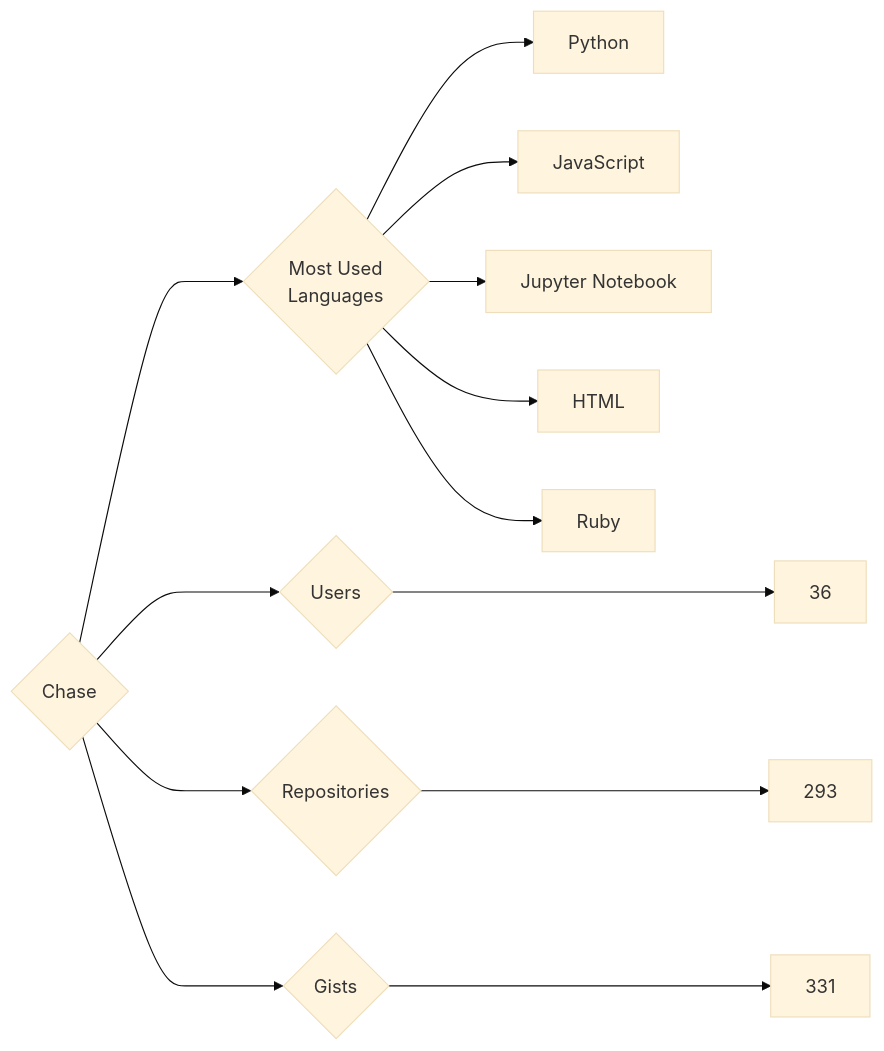
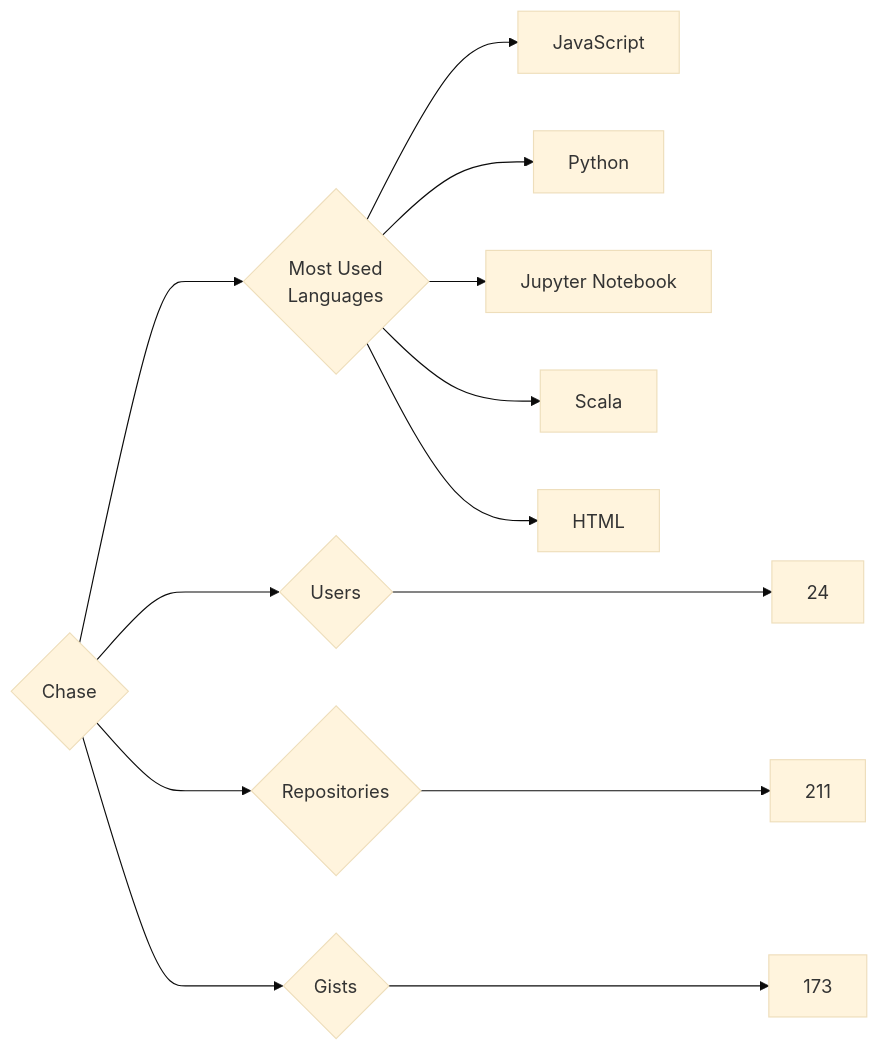
One commit to trickest/insiders changed the diagram in targets/Chase/README.md. Above: the diagram before and after it, drawn with Mermaid (base theme). The commit also changed 1084 other files, not shown here.

````diff
--- a/targets/Chase/README.md
+++ b/targets/Chase/README.md
@@ -3,13 +3,13 @@
 ```mermaid
 graph LR
 COMPANY_NAME{Chase}
-COMPANY_NAME ---> U{Users} ---> UN[36]
-COMPANY_NAME ---> R{Repositories} ---> RN[293]
-COMPANY_NAME ---> G{Gists} ---> GN[331]
+COMPANY_NAME ---> U{Users} ---> UN[24]
+COMPANY_NAME ---> R{Repositories} ---> RN[211]
+COMPANY_NAME ---> G{Gists} ---> GN[173]
 COMPANY_NAME ---> ML{Most Used<br>Languages}
+ML --> JavaScript[JavaScript]
 ML --> Python[Python]
-ML --> JavaScript[JavaScript]
 ML --> Jupyter_Notebook[Jupyter Notebook]
+ML --> Scala[Scala]
 ML --> HTML[HTML]
-ML --> Ruby[Ruby]
 ```
````
